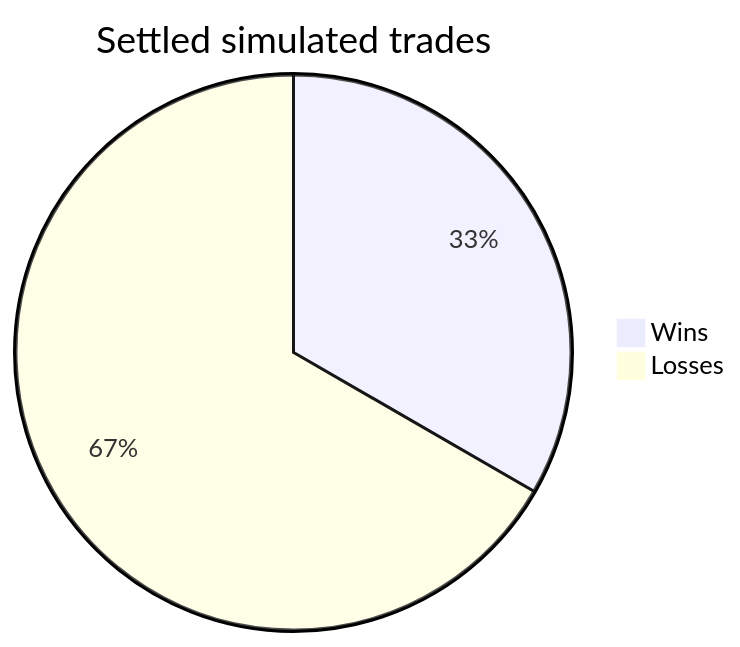
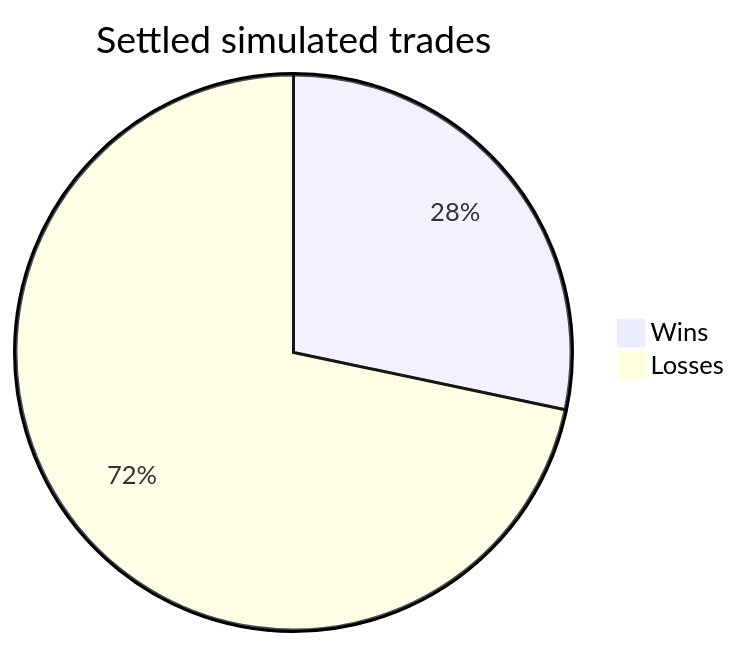
Before and after one commit to cheeseonamonkey/PaperLab: the diagram in docs/bots/brti_distance.md, drawn with Mermaid. The commit also changed other lines of this file and 34 other files, not shown here.

````diff
--- a/docs/bots/brti_distance.md
+++ b/docs/bots/brti_distance.md
@@ -22,5 +22,5 @@
 ```mermaid
 pie title Settled simulated trades
-    "Wins" : 12
-    "Losses" : 24
+    "Wins" : 15
+    "Losses" : 38
 ```
````
